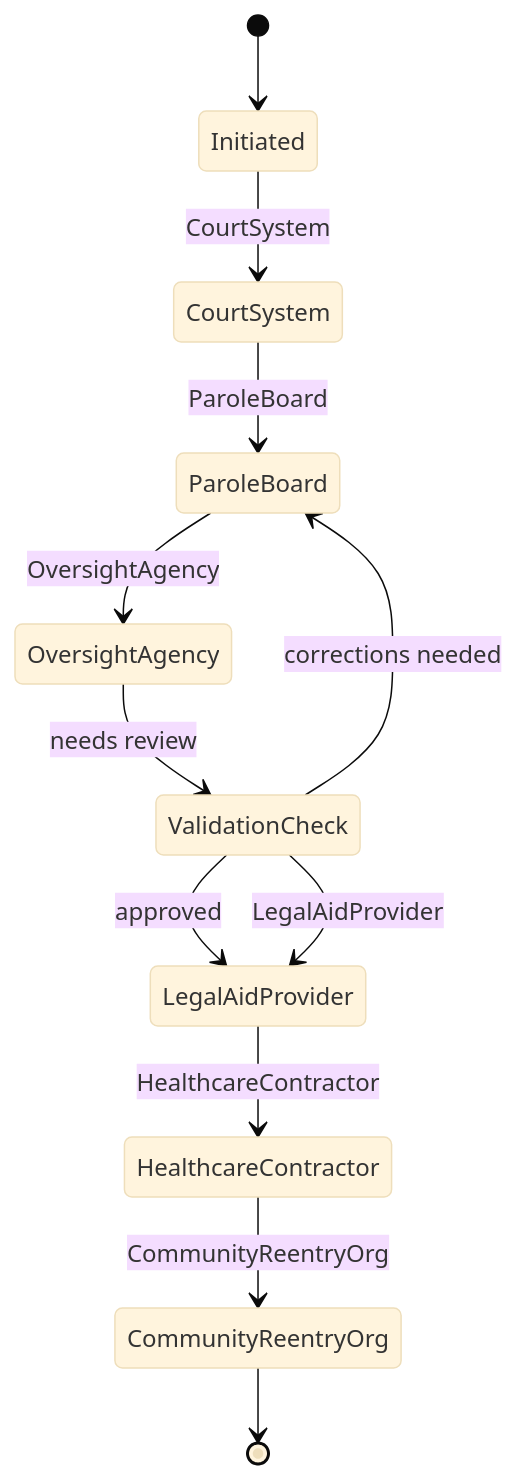
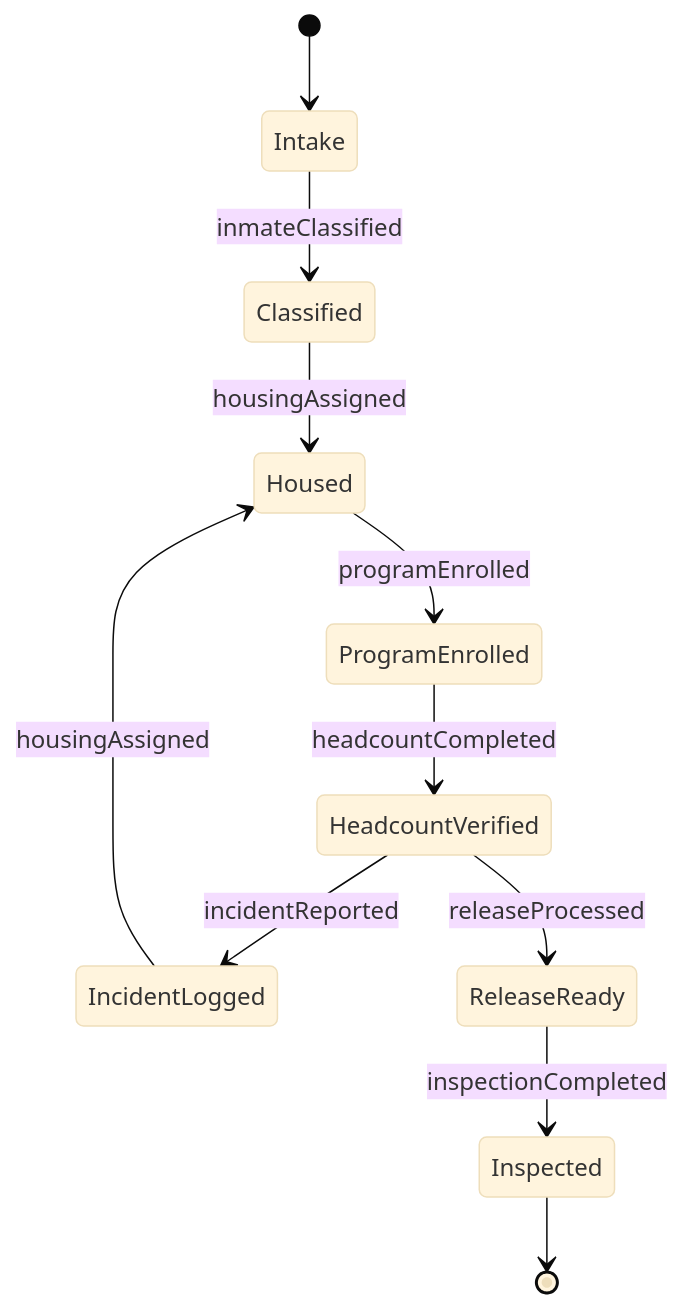
Before and after one commit to dot-org-ai/tasks.org.ai: the second of 4 diagrams in GuidingDirectingAndMotivatingSubordinates/DirectOrganizationalOperationsActivitiesOrProcedures/DirectOperationsCorrectionalFacilities.mdx, drawn with Mermaid (base theme). The commit also changed other lines of this file and 515 other files, not shown here.

````diff
--- a/GuidingDirectingAndMotivatingSubordinates/DirectOrganizationalOperationsActivitiesOrProcedures/DirectOperationsCorrectionalFacilities.mdx
+++ b/GuidingDirectingAndMotivatingSubordinates/DirectOrganizationalOperationsActivitiesOrProcedures/DirectOperationsCorrectionalFacilities.mdx
@@ -103,14 +107,13 @@
 ```mermaid
 stateDiagram-v2
-    [*] --> Initiated
-    Initiated --> CourtSystem: CourtSystem
-    CourtSystem --> ParoleBoard: ParoleBoard
-    ParoleBoard --> OversightAgency: OversightAgency
-    OversightAgency --> ValidationCheck: needs review
-    ValidationCheck --> ParoleBoard: corrections needed
-    ValidationCheck --> LegalAidProvider: approved
-    ValidationCheck --> LegalAidProvider: LegalAidProvider
-    LegalAidProvider --> HealthcareContractor: HealthcareContractor
-    HealthcareContractor --> CommunityReentryOrg: CommunityReentryOrg
-    CommunityReentryOrg --> [*]
+    [*] --> Intake
+    Intake --> Classified : inmateClassified
+    Classified --> Housed : housingAssigned
+    Housed --> ProgramEnrolled : programEnrolled
+    ProgramEnrolled --> HeadcountVerified : headcountCompleted
+    HeadcountVerified --> IncidentLogged : incidentReported
+    IncidentLogged --> Housed : housingAssigned
+    HeadcountVerified --> ReleaseReady : releaseProcessed
+    ReleaseReady --> Inspected : inspectionCompleted
+    Inspected --> [*]
 ```
````
